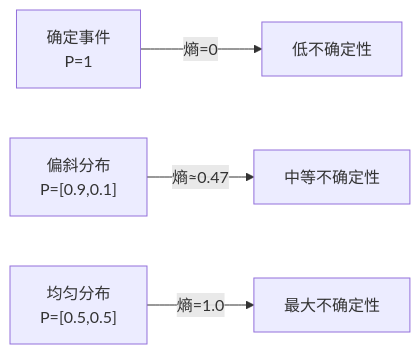
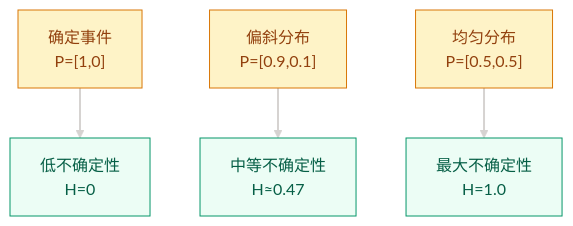
Before and after one commit to zkywsg/Daily-LLM: the diagram in 00-Prerequisites/probability-information-theory/README.md, drawn with Mermaid. The commit also changed other lines of this file and 77 other files, not shown here.

````diff
--- a/00-Prerequisites/probability-information-theory/README.md
+++ b/00-Prerequisites/probability-information-theory/README.md
@@ -84,6 +80,14 @@
 ```mermaid
-graph LR
-    A["确定事件<br/>P=1"] -->|"熵=0"| B["低不确定性"]
-    C["偏斜分布<br/>P=[0.9,0.1]"] -->|"熵≈0.47"| D["中等不确定性"]
-    E["均匀分布<br/>P=[0.5,0.5]"] -->|"熵=1.0"| F["最大不确定性"]
+graph TD
+    A["确定事件<br/>P=[1,0]"] --> B["低不确定性<br/>H=0"]
+    C["偏斜分布<br/>P=[0.9,0.1]"] --> D["中等不确定性<br/>H≈0.47"]
+    E["均匀分布<br/>P=[0.5,0.5]"] --> F["最大不确定性<br/>H=1.0"]
+
+    linkStyle default stroke:#d6d3d1,stroke-width:2px;
+
+    classDef input fill:#fef3c7,stroke:#d97706,color:#92400e;
+    classDef compute fill:#fce7f3,stroke:#db2777,color:#9d174d;
+    classDef output fill:#ecfdf5,stroke:#059669,color:#065f46;
+    class A,C,E input;
+    class B,D,F output;
 ```
````
